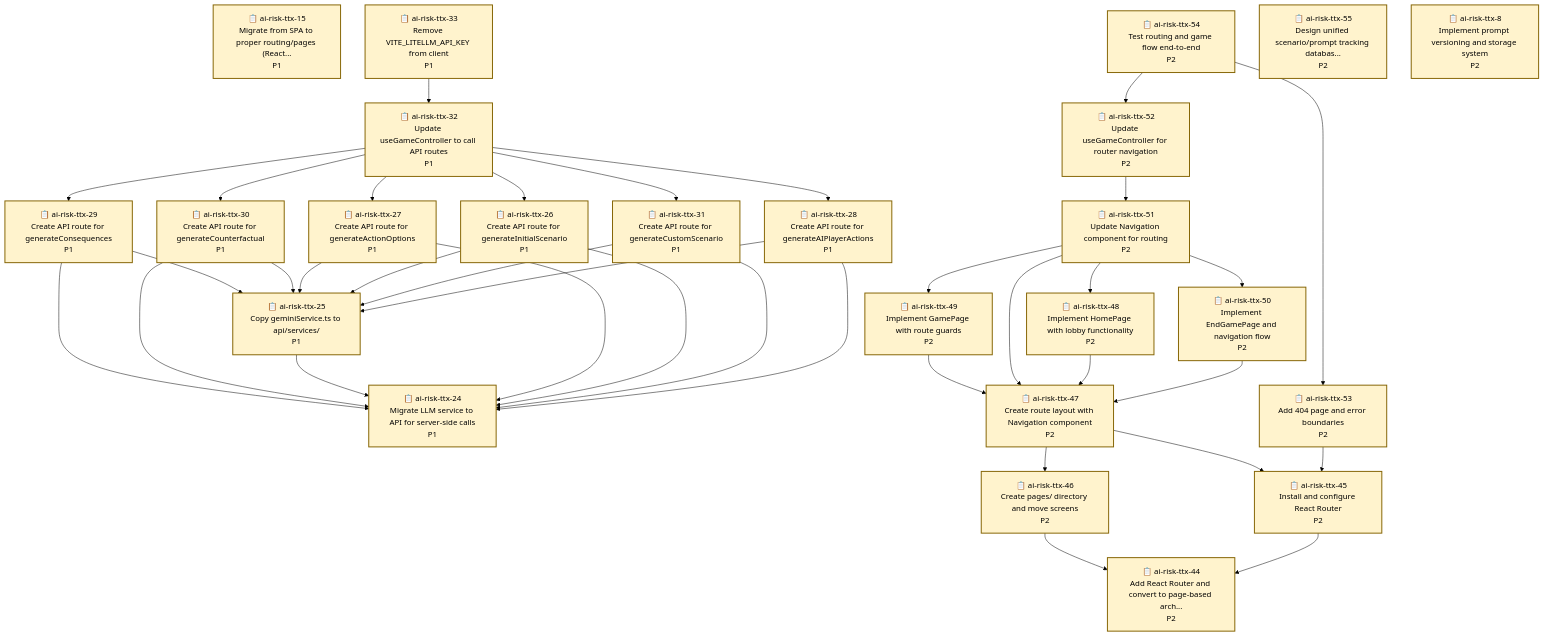
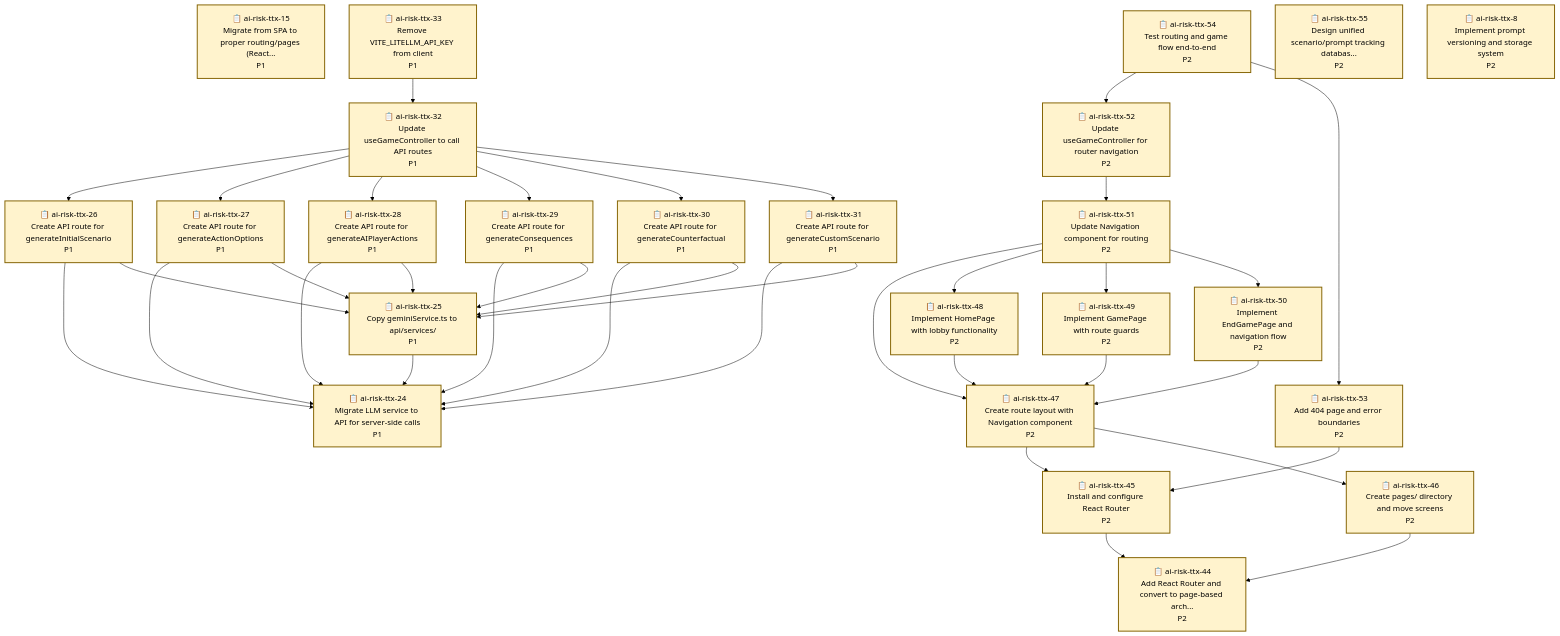
One commit to bhi5hmaraj/ai-risk-ttx changed the diagram in .beads/graph.md. Above: the diagram before and after it, drawn with Mermaid (forest theme). The commit also changed other lines of this file and 8 other files, not shown here.

````diff
--- a/.beads/graph.md
+++ b/.beads/graph.md
@@ -49,39 +49,39 @@
     ai-risk-ttx-8["📋 ai-risk-ttx-8<br/>Implement prompt versioning and storage system<br/>P2"]
     style ai-risk-ttx-8 fill:#fff3cd,stroke:#856404,stroke-width:2px
 
-    ai-risk-ttx-49 --> ai-risk-ttx-47
-    ai-risk-ttx-29 --> ai-risk-ttx-24
-    ai-risk-ttx-29 --> ai-risk-ttx-25
     ai-risk-ttx-52 --> ai-risk-ttx-51
-    ai-risk-ttx-33 --> ai-risk-ttx-32
-    ai-risk-ttx-30 --> ai-risk-ttx-24
-    ai-risk-ttx-30 --> ai-risk-ttx-25
+    ai-risk-ttx-25 --> ai-risk-ttx-24
+    ai-risk-ttx-46 --> ai-risk-ttx-44
     ai-risk-ttx-51 --> ai-risk-ttx-47
     ai-risk-ttx-51 --> ai-risk-ttx-48
     ai-risk-ttx-51 --> ai-risk-ttx-49
     ai-risk-ttx-51 --> ai-risk-ttx-50
-    ai-risk-ttx-47 --> ai-risk-ttx-45
-    ai-risk-ttx-47 --> ai-risk-ttx-46
-    ai-risk-ttx-25 --> ai-risk-ttx-24
-    ai-risk-ttx-54 --> ai-risk-ttx-52
-    ai-risk-ttx-54 --> ai-risk-ttx-53
-    ai-risk-ttx-48 --> ai-risk-ttx-47
-    ai-risk-ttx-53 --> ai-risk-ttx-45
-    ai-risk-ttx-50 --> ai-risk-ttx-47
-    ai-risk-ttx-46 --> ai-risk-ttx-44
-    ai-risk-ttx-27 --> ai-risk-ttx-24
-    ai-risk-ttx-27 --> ai-risk-ttx-25
-    ai-risk-ttx-26 --> ai-risk-ttx-24
-    ai-risk-ttx-26 --> ai-risk-ttx-25
-    ai-risk-ttx-45 --> ai-risk-ttx-44
     ai-risk-ttx-32 --> ai-risk-ttx-26
     ai-risk-ttx-32 --> ai-risk-ttx-27
     ai-risk-ttx-32 --> ai-risk-ttx-28
     ai-risk-ttx-32 --> ai-risk-ttx-29
     ai-risk-ttx-32 --> ai-risk-ttx-30
     ai-risk-ttx-32 --> ai-risk-ttx-31
+    ai-risk-ttx-30 --> ai-risk-ttx-24
+    ai-risk-ttx-30 --> ai-risk-ttx-25
+    ai-risk-ttx-53 --> ai-risk-ttx-45
+    ai-risk-ttx-54 --> ai-risk-ttx-52
+    ai-risk-ttx-54 --> ai-risk-ttx-53
     ai-risk-ttx-31 --> ai-risk-ttx-24
     ai-risk-ttx-31 --> ai-risk-ttx-25
+    ai-risk-ttx-26 --> ai-risk-ttx-24
+    ai-risk-ttx-26 --> ai-risk-ttx-25
     ai-risk-ttx-28 --> ai-risk-ttx-24
     ai-risk-ttx-28 --> ai-risk-ttx-25
+    ai-risk-ttx-45 --> ai-risk-ttx-44
+    ai-risk-ttx-50 --> ai-risk-ttx-47
+    ai-risk-ttx-33 --> ai-risk-ttx-32
+    ai-risk-ttx-49 --> ai-risk-ttx-47
+    ai-risk-ttx-48 --> ai-risk-ttx-47
+    ai-risk-ttx-47 --> ai-risk-ttx-45
+    ai-risk-ttx-47 --> ai-risk-ttx-46
+    ai-risk-ttx-29 --> ai-risk-ttx-24
+    ai-risk-ttx-29 --> ai-risk-ttx-25
+    ai-risk-ttx-27 --> ai-risk-ttx-24
+    ai-risk-ttx-27 --> ai-risk-ttx-25
 ```
````
